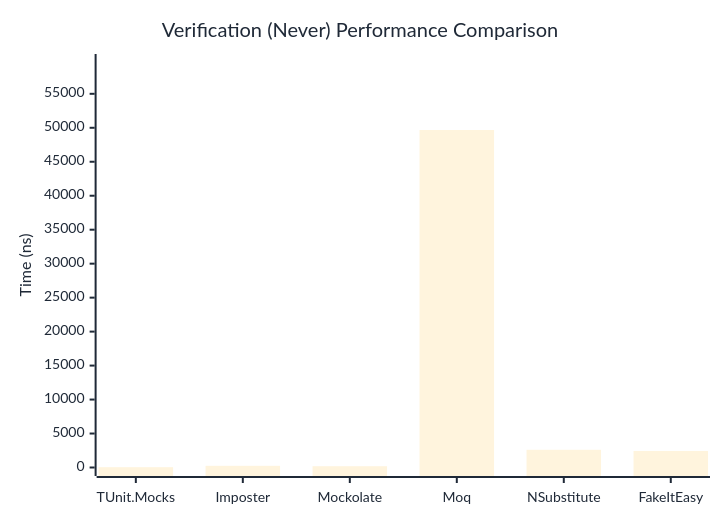
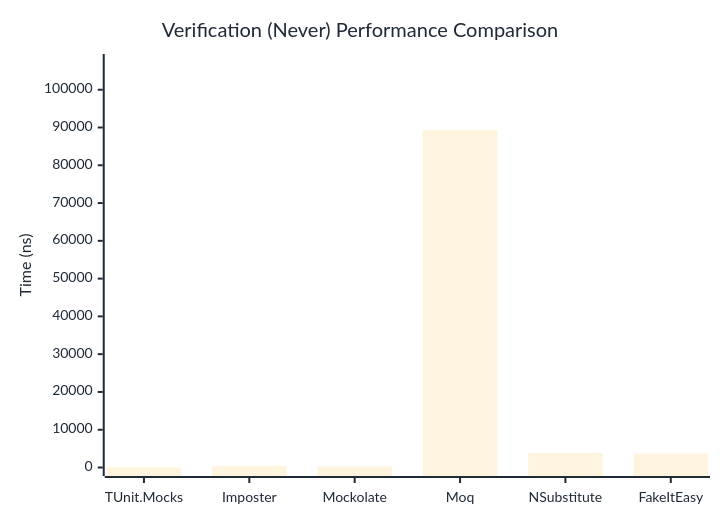
Before and after one commit to thomhurst/TUnit: the second of 3 diagrams in docs/docs/benchmarks/mocks/Verification.md, drawn with Mermaid. The commit also changed other lines of this file and 14 other files, not shown here.

````diff
--- a/docs/docs/benchmarks/mocks/Verification.md
+++ b/docs/docs/benchmarks/mocks/Verification.md
@@ -71,27 +71,27 @@
 ```mermaid
 %%{init: {
   'theme':'base',
   'themeVariables': {
     'primaryColor': '#2563eb',
     'primaryTextColor': '#1f2937',
     'primaryBorderColor': '#1e40af',
     'lineColor': '#6b7280',
     'secondaryColor': '#7c3aed',
     'tertiaryColor': '#dc2626',
     'background': '#ffffff',
     'pie1': '#2563eb',
     'pie2': '#7c3aed',
     'pie3': '#dc2626',
     'pie4': '#f59e0b',
     'pie5': '#10b981',
     'pie6': '#06b6d4',
     'pie7': '#ec4899',
     'pie8': '#6366f1'
   }
 }}%%
 xychart-beta
   title "Verification (Never) Performance Comparison"
   x-axis ["TUnit.Mocks", "Imposter", "Mockolate", "Moq", "NSubstitute", "FakeItEasy"]
-  y-axis "Time (ns)" 0 --> 59608
-  bar [44.65, 245.21, 188.66, 49673.29, 2605.87, 2434.96]
+  y-axis "Time (ns)" 0 --> 107206
+  bar [52.43, 407.8, 250.35, 89338.26, 3818.12, 3672.98]
 ```
````
